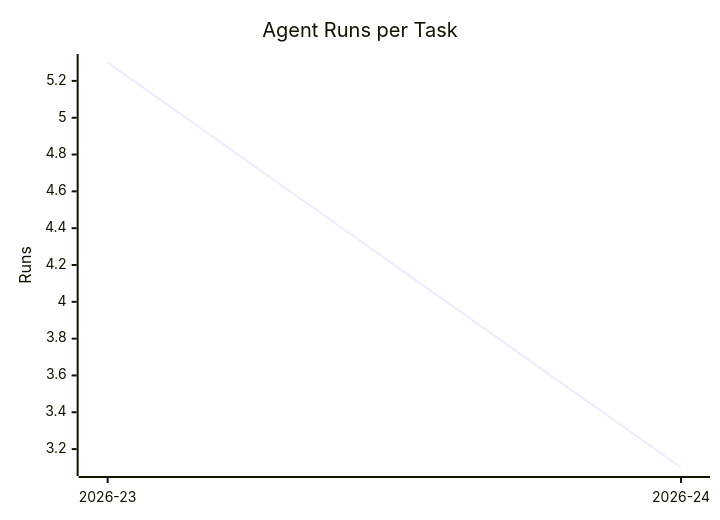
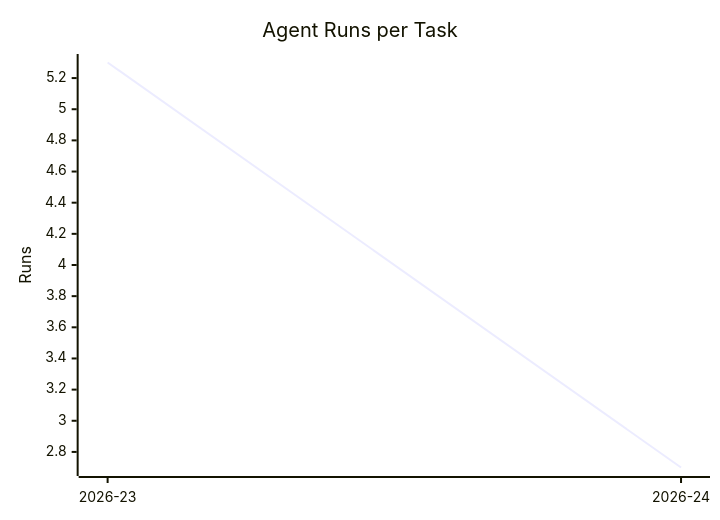
The fourth of 7 diagrams in product-planning/reports/progress-2026-24.md (cloudbeagle/mispel-deadline-tracker), drawn with Mermaid before and after one commit. The commit also changed other lines of this file, not shown here.

````diff
--- a/product-planning/reports/progress-2026-24.md
+++ b/product-planning/reports/progress-2026-24.md
@@ -53,7 +53,7 @@
 ```mermaid
 xychart-beta
     title "Agent Runs per Task"
     x-axis ["2026-23", "2026-24"]
     y-axis "Runs"
-    line [5.3, 3.1]
+    line [5.3, 2.7]
 ```
````
